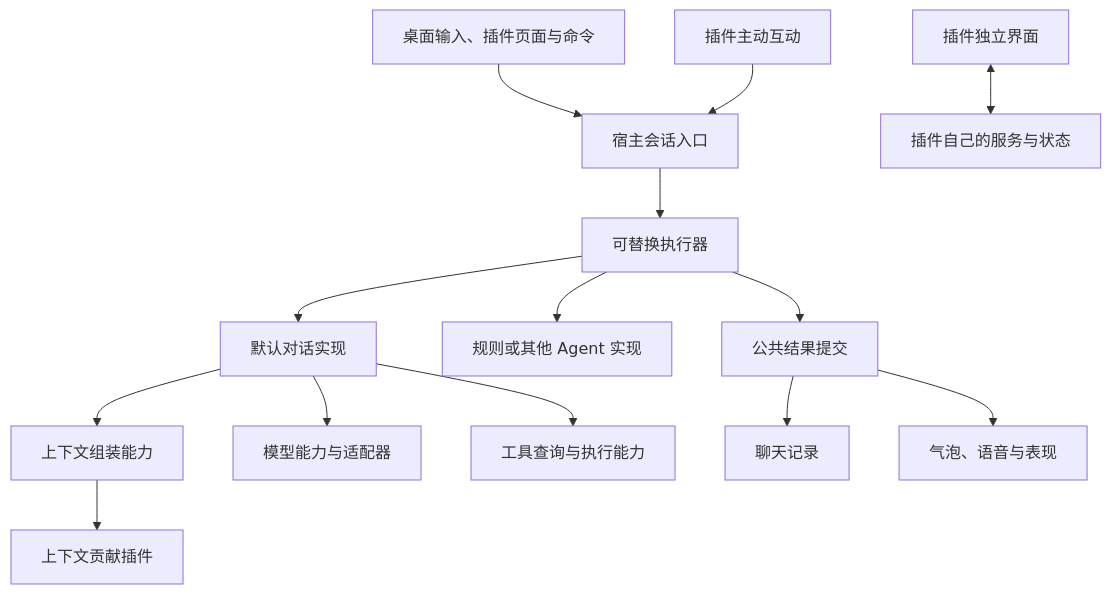
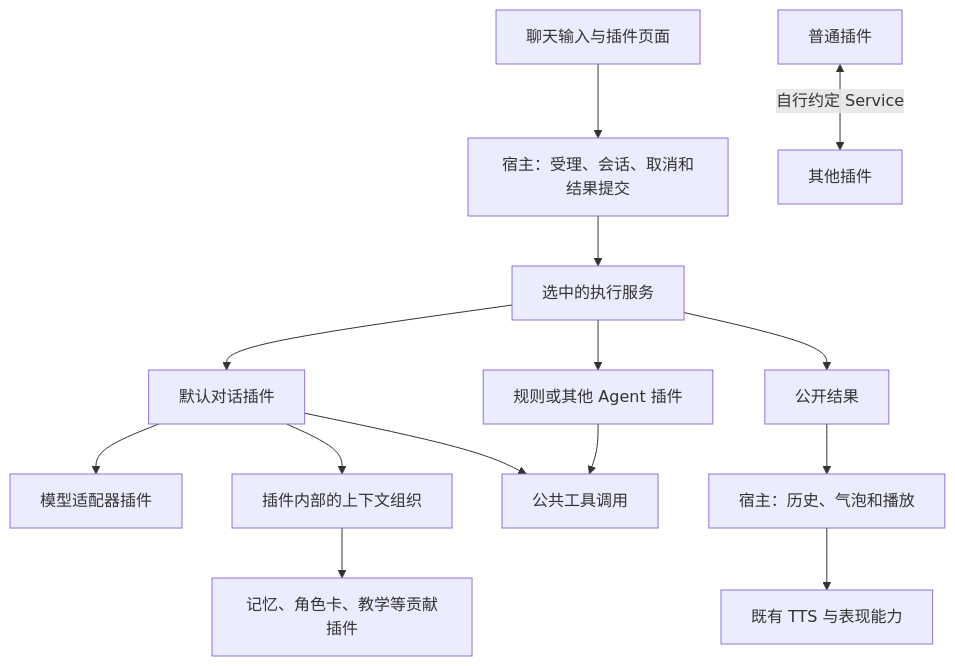
Before and after one commit to Rvosy/Sakura: the diagram in docs/plans/runtime-v2/open-plugin-ecosystem.md, drawn with Mermaid. The commit also changed other lines of this file and 4 other files, not shown here.

````diff
--- a/docs/plans/runtime-v2/open-plugin-ecosystem.md
+++ b/docs/plans/runtime-v2/open-plugin-ecosystem.md
@@ -47,16 +75,16 @@
 ```mermaid
 flowchart TD
-    Desktop[桌面输入、插件页面与命令] --> Session[宿主会话入口]
-    Trigger[插件主动互动] --> Session
-    Session --> Executor[可替换执行器]
-    Executor --> Default[默认对话实现]
-    Executor --> Other[规则或其他 Agent 实现]
-    Default --> Context[上下文组装能力]
-    Default --> Models[模型能力与适配器]
-    Default --> Tools[工具查询与执行能力]
-    Context --> Contributors[上下文贡献插件]
-    Executor --> Result[公共结果提交]
-    Result --> Timeline[聊天记录]
-    Result --> Output[气泡、语音与表现]
-    Page[插件独立界面] <--> Services[插件自己的服务与状态]
+    UI[聊天输入与插件页面] --> Host[宿主：受理、会话、取消和结果提交]
+    Host --> Selected[选中的执行服务]
+    Selected --> Default[默认对话插件]
+    Selected --> Other[规则或其他 Agent 插件]
+    Default --> Model[模型适配器插件]
+    Default --> Context[插件内部的上下文组织]
+    Context --> Contributors[记忆、角色卡、教学等贡献插件]
+    Default --> Tools[公共工具调用]
+    Other --> Tools
+    Selected --> Result[公开结果]
+    Result --> Delivery[宿主：历史、气泡和播放]
+    Delivery --> Output[既有 TTS 与表现能力]
+    Plugins[普通插件] <-->|自行约定 Service| Peers[其他插件]
 ```
````
